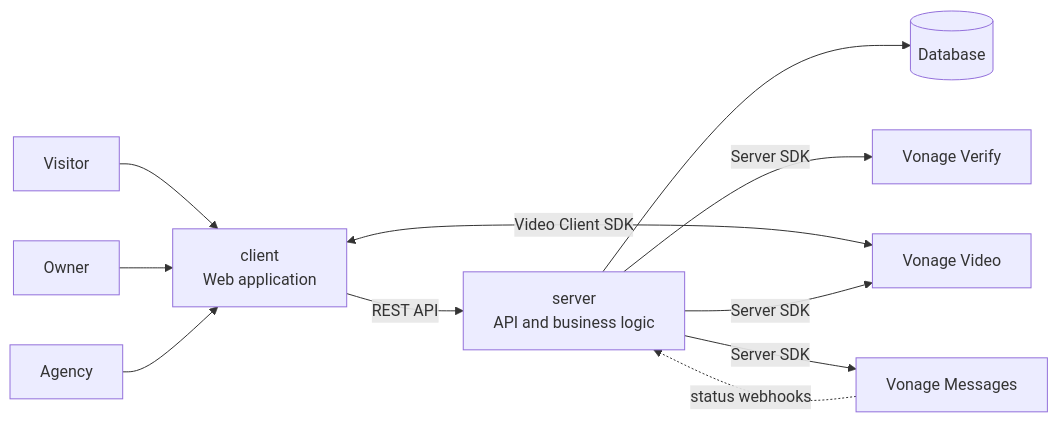
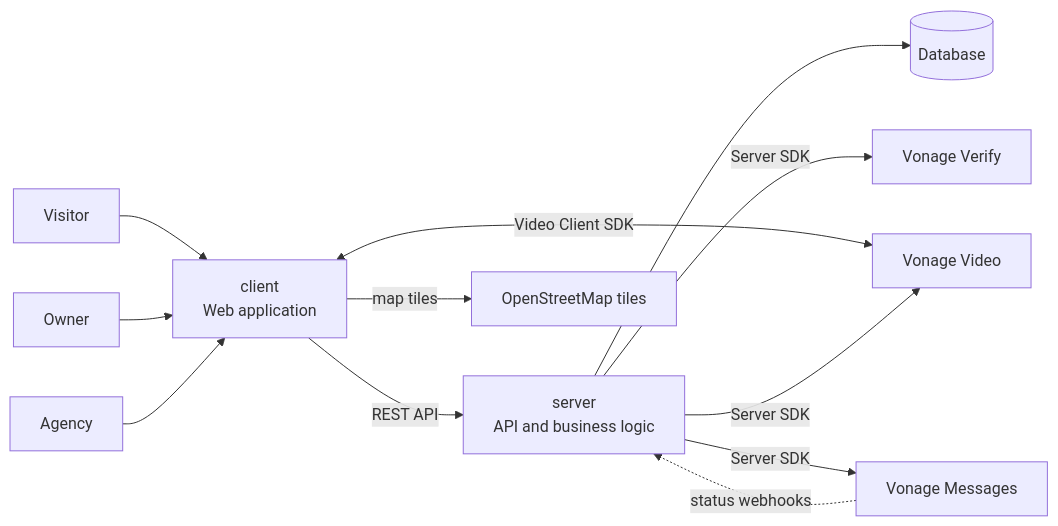
The first of 2 diagrams in docs/architecture/README.md (femCodersClub-vonage-program/secure-property-viewing), drawn with Mermaid before and after one commit. The commit also changed 12 other files, not shown here.

````diff
--- a/docs/architecture/README.md
+++ b/docs/architecture/README.md
@@ -7,13 +7,14 @@
 ```mermaid
 flowchart LR
   V[Visitor] --> C
   P[Owner] --> C
   A[Agency] --> C
   C["client<br/>Web application"] -->|REST API| S["server<br/>API and business logic"]
   C <-->|Video Client SDK| VV[Vonage Video]
+  C -->|map tiles| OSM[OpenStreetMap tiles]
   S --> DB[(Database)]
   S -->|Server SDK| VY[Vonage Verify]
   S -->|Server SDK| VV
   S -->|Server SDK| VM[Vonage Messages]
   VM -. status webhooks .-> S
 ```
````
